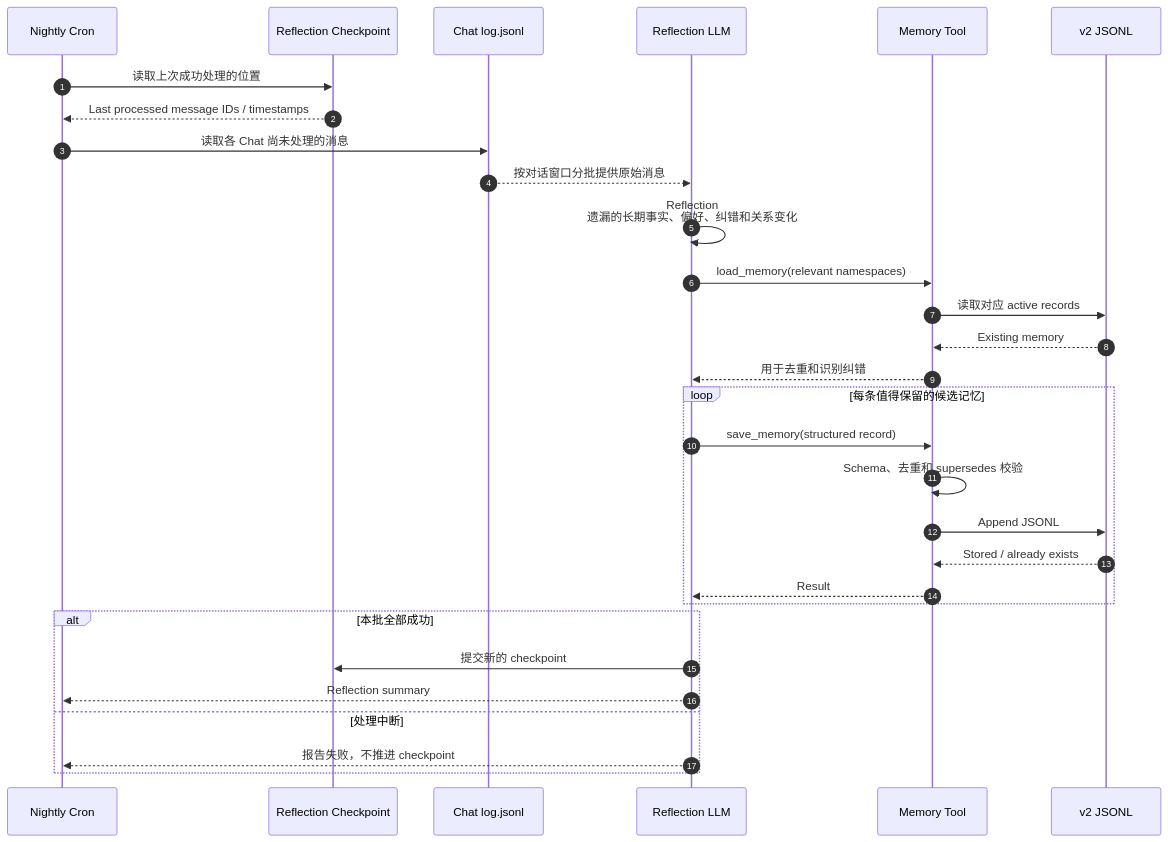
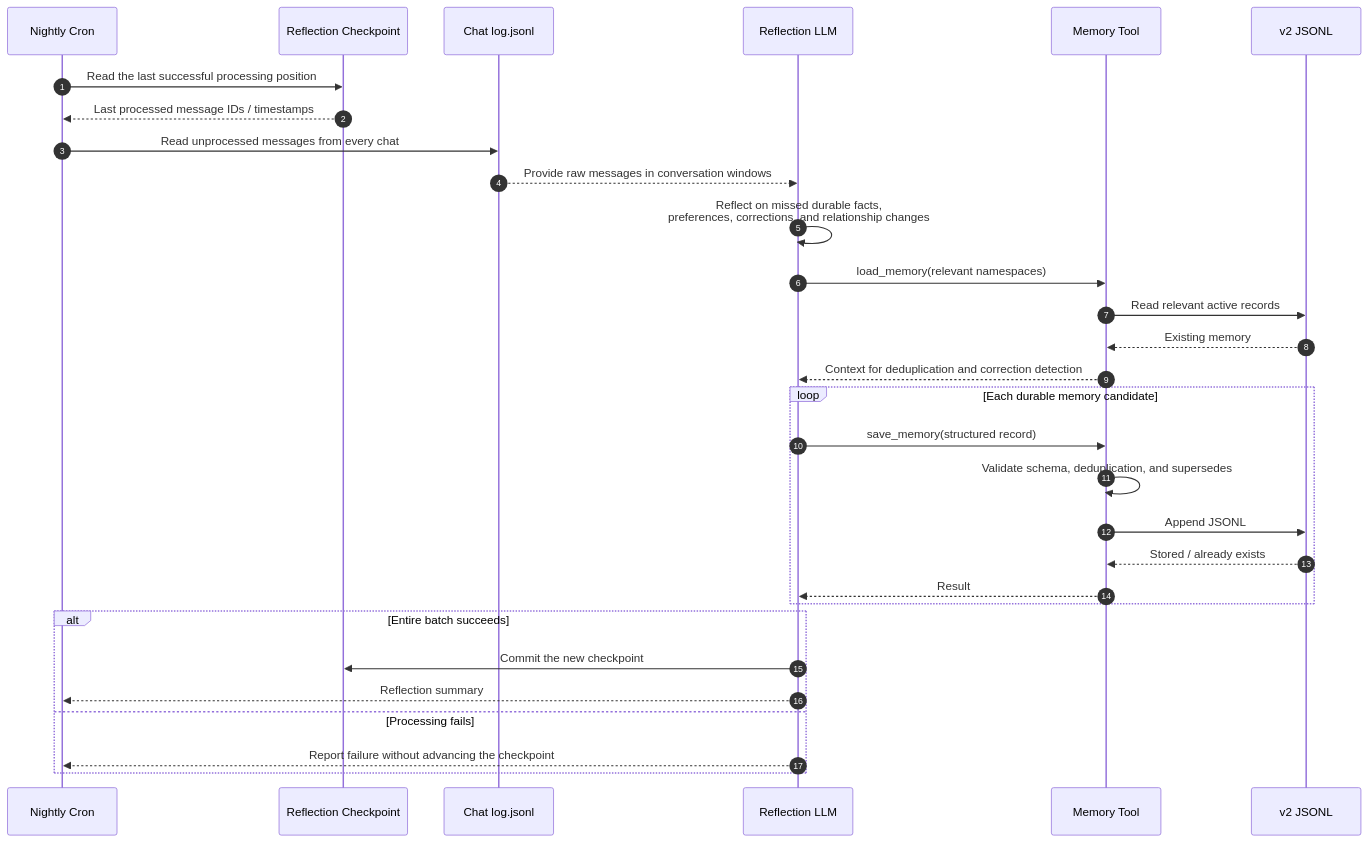
Before and after one commit to daya0576/pi-imessage: the fourth of 4 diagrams in docs/structured-memory-sequence.md, drawn with Mermaid. The commit also changed other lines of this file, not shown here.

Commit message:
docs: translate memory sequence flow to English

````diff
--- a/docs/structured-memory-sequence.md
+++ b/docs/structured-memory-sequence.md
@@ -112,36 +112,36 @@
 ```mermaid
 sequenceDiagram
     autonumber
     participant C as Nightly Cron
     participant K as Reflection Checkpoint
     participant G as Chat log.jsonl
     participant R as Reflection LLM
     participant M as Memory Tool
     participant S as v2 JSONL
 
-    C->>K: 读取上次成功处理的位置
+    C->>K: Read the last successful processing position
     K-->>C: Last processed message IDs / timestamps
-    C->>G: 读取各 Chat 尚未处理的消息
-    G-->>R: 按对话窗口分批提供原始消息
+    C->>G: Read unprocessed messages from every chat
+    G-->>R: Provide raw messages in conversation windows
 
-    R->>R: Reflection<br/>遗漏的长期事实、偏好、纠错和关系变化
+    R->>R: Reflect on missed durable facts,<br/>preferences, corrections, and relationship changes
     R->>M: load_memory(relevant namespaces)
-    M->>S: 读取对应 active records
+    M->>S: Read relevant active records
     S-->>M: Existing memory
-    M-->>R: 用于去重和识别纠错
+    M-->>R: Context for deduplication and correction detection
 
-    loop 每条值得保留的候选记忆
+    loop Each durable memory candidate
         R->>M: save_memory(structured record)
-        M->>M: Schema、去重和 supersedes 校验
+        M->>M: Validate schema, deduplication, and supersedes
         M->>S: Append JSONL
         S-->>M: Stored / already exists
         M-->>R: Result
     end
 
-    alt 本批全部成功
-        R->>K: 提交新的 checkpoint
+    alt Entire batch succeeds
+        R->>K: Commit the new checkpoint
         R-->>C: Reflection summary
-    else 处理中断
-        R-->>C: 报告失败，不推进 checkpoint
+    else Processing fails
+        R-->>C: Report failure without advancing the checkpoint
     end
 ```
````
